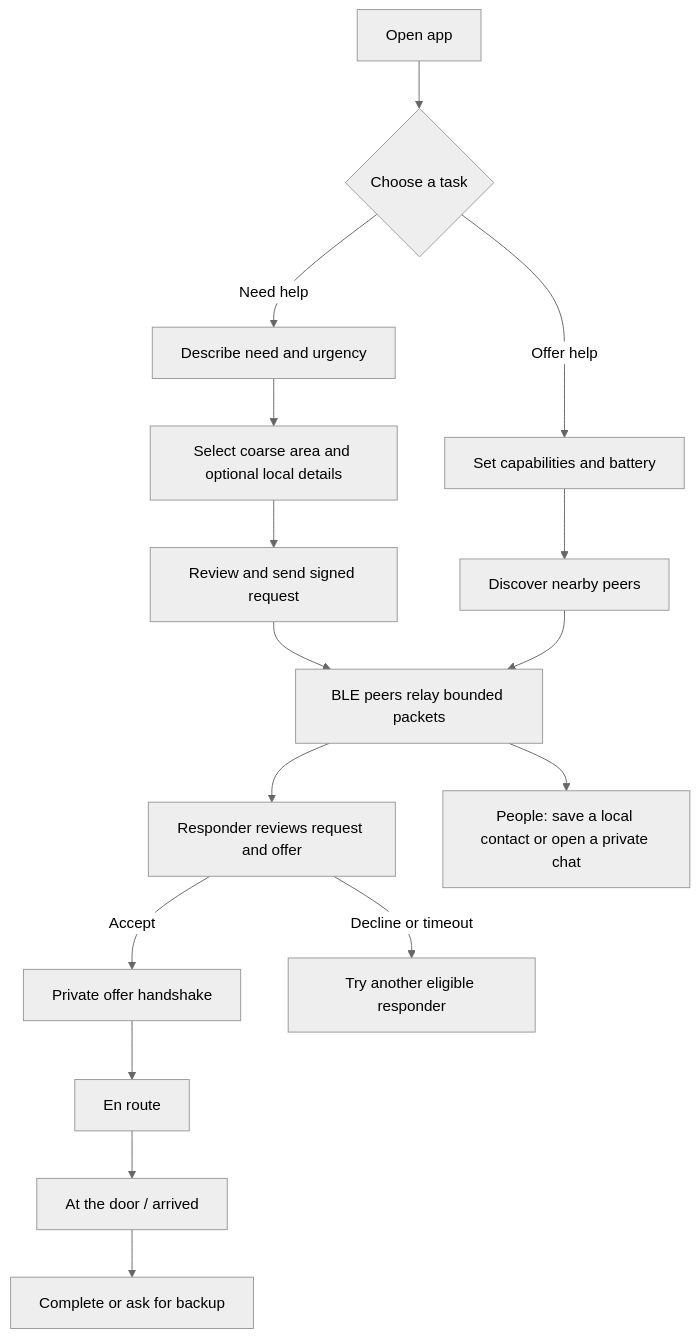
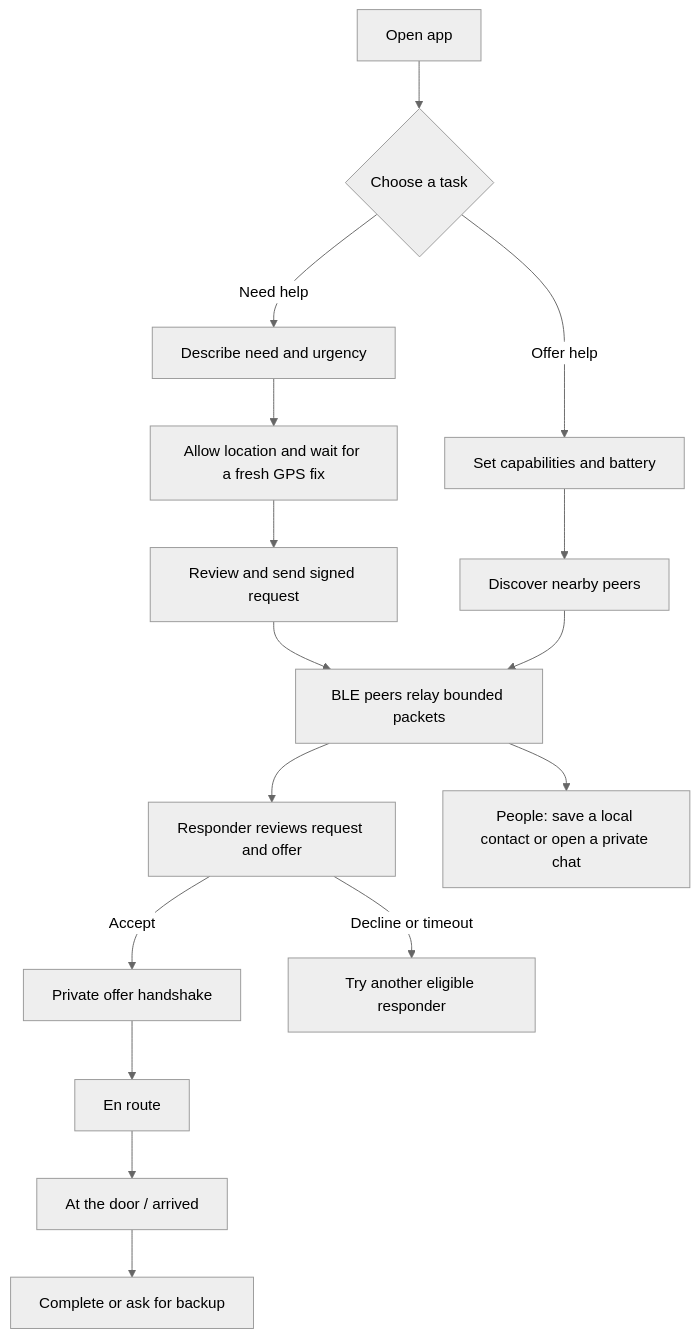
The first of 3 diagrams in README.md (hydra-eng/resq-mesh), drawn with Mermaid (neutral theme) before and after one commit. The commit also changed other lines of this file and 32 other files, not shown here.

````diff
--- a/README.md
+++ b/README.md
@@ -107,18 +121,18 @@
 ```mermaid
 flowchart TD
   A[Open app] --> B{Choose a task}
   B -->|Need help| C[Describe need and urgency]
-  C --> D[Select coarse area and optional local details]
+  C --> D[Allow location and wait for a fresh GPS fix]
   D --> E[Review and send signed request]
   B -->|Offer help| F[Set capabilities and battery]
   F --> G[Discover nearby peers]
   E --> H[BLE peers relay bounded packets]
   G --> H
   H --> I[Responder reviews request and offer]
   I -->|Accept| J[Private offer handshake]
   I -->|Decline or timeout| K[Try another eligible responder]
   J --> L[En route]
   L --> M[At the door / arrived]
   M --> N[Complete or ask for backup]
   H --> O[People: save a local contact or open a private chat]
 ```
````
